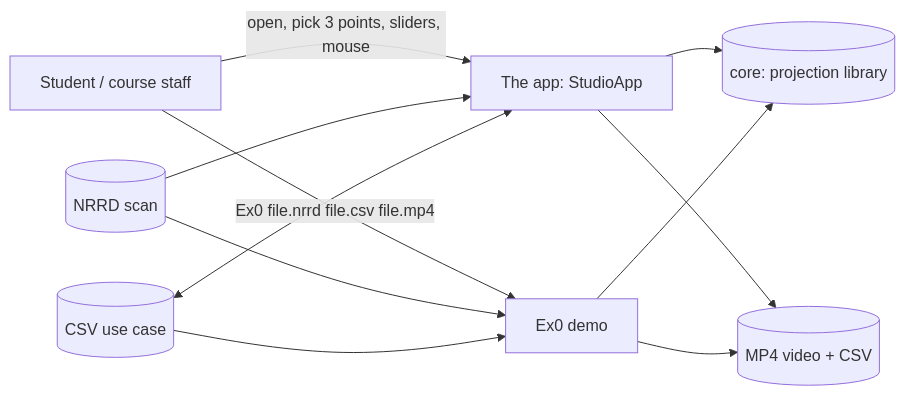
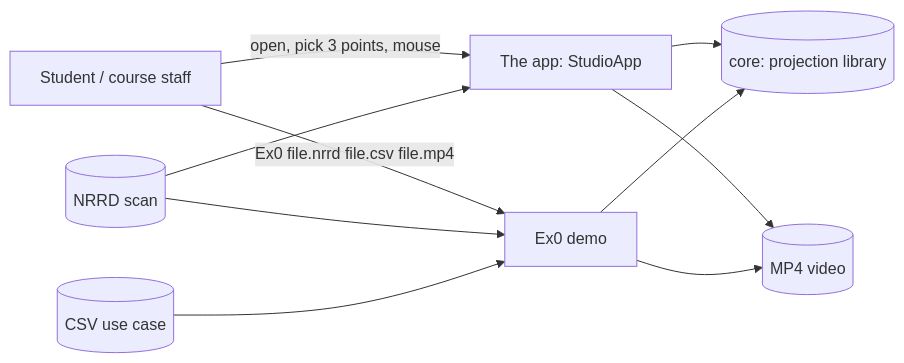
Before and after one commit to NoamTheGolem/Intro2SE_Ex1: the diagram in docs/SRS.md, drawn with Mermaid. The commit also changed other lines of this file and 13 other files, not shown here.

First line of the commit message:
docs: ADR-0012, SRS 3.3, STD 3.3, new screenshots of the points-only app

````diff
--- a/docs/SRS.md
+++ b/docs/SRS.md
@@ -79,13 +80,12 @@
 ```mermaid
 flowchart LR
-    U[Student / course staff] -- open, pick 3 points, sliders, mouse --> GUI[The app: StudioApp]
+    U[Student / course staff] -- open, pick 3 points, mouse --> GUI[The app: StudioApp]
     U -- "Ex0 file.nrrd file.csv file.mp4" --> CLI[Ex0 demo]
     GUI --> CORE[(core: projection library)]
     CLI --> CORE
     NRRD[(NRRD scan)] --> GUI
     NRRD --> CLI
-    CSV[(CSV use case)] <--> GUI
-    CSV --> CLI
-    GUI --> MP4[(MP4 video + CSV)]
+    CSV[(CSV use case)] --> CLI
+    GUI --> MP4[(MP4 video)]
     CLI --> MP4
 ```
````
